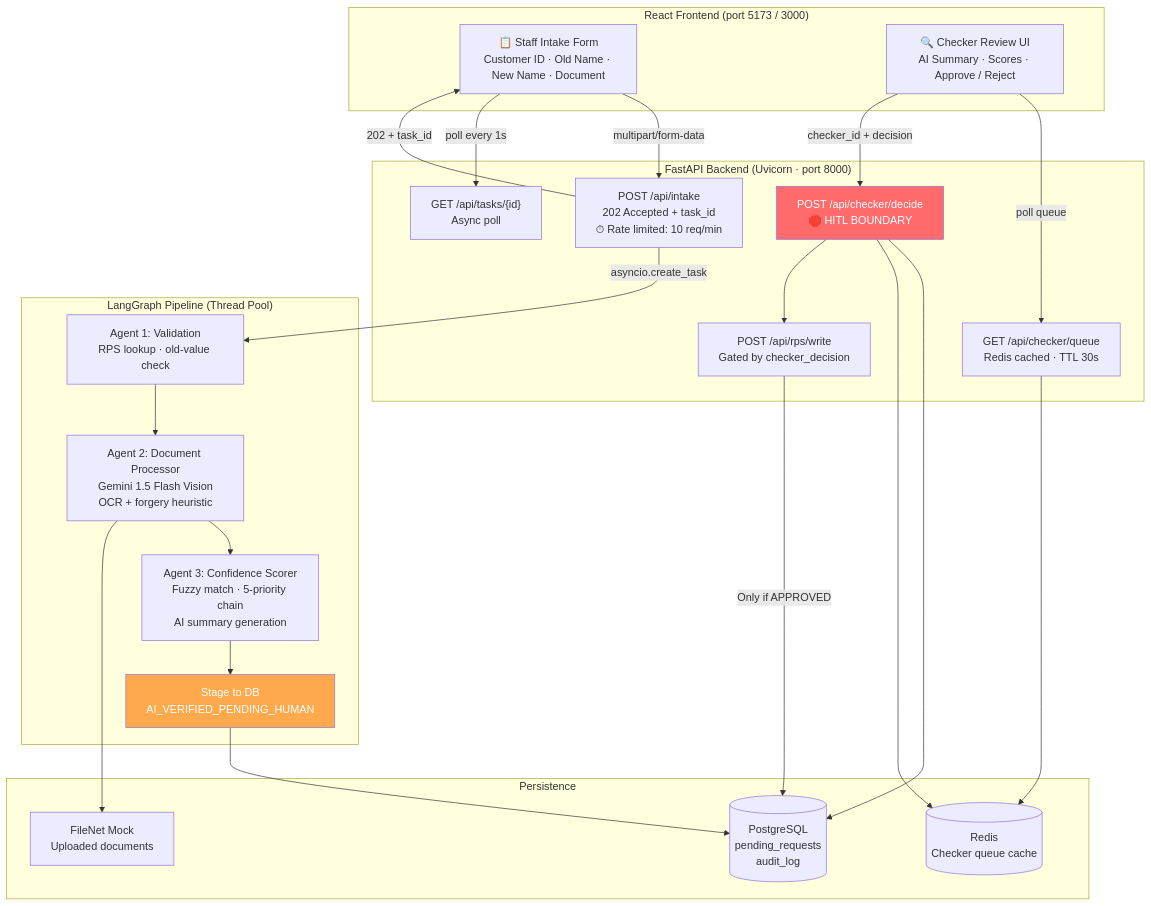
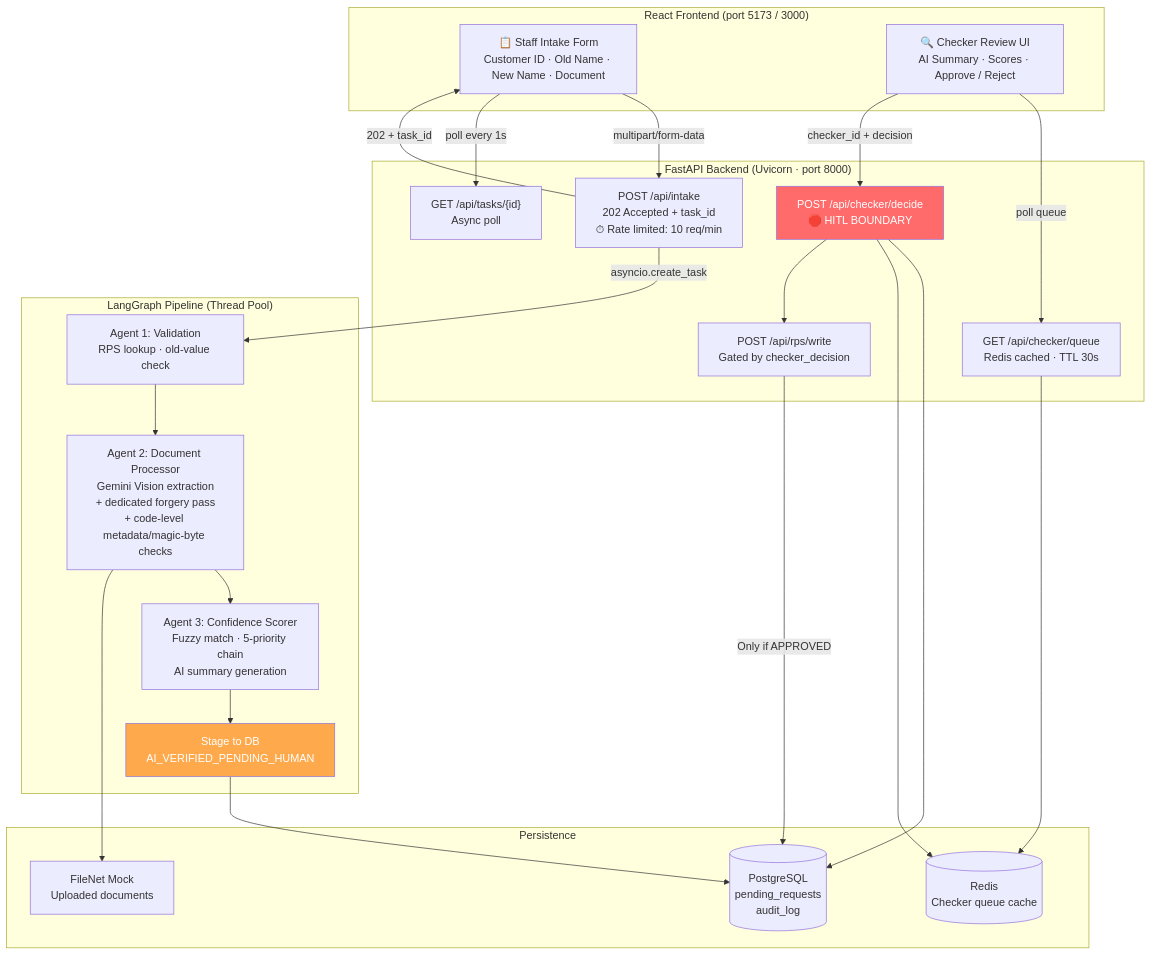
The diagram in README.md (Abhishek-10112024/intelligent-account-servicing-workflow), drawn with Mermaid before and after one commit. The commit also changed other lines of this file and 27 other files, not shown here.

````diff
--- a/README.md
+++ b/README.md
@@ -10,46 +10,46 @@
 ```mermaid
 flowchart TD
     subgraph FE["React Frontend (port 5173 / 3000)"]
         SF["📋 Staff Intake Form\nCustomer ID · Old Name · New Name · Document"]
         CU["🔍 Checker Review UI\nAI Summary · Scores · Approve / Reject"]
     end
 
     subgraph BE["FastAPI Backend (Uvicorn · port 8000)"]
         I["POST /api/intake\n202 Accepted + task_id\n⏱ Rate limited: 10 req/min"]
         T["GET /api/tasks/{id}\nAsync poll"]
         Q["GET /api/checker/queue\nRedis cached · TTL 30s"]
         D["POST /api/checker/decide\n🛑 HITL BOUNDARY"]
         R["POST /api/rps/write\nGated by checker_decision"]
     end
 
     subgraph LG["LangGraph Pipeline (Thread Pool)"]
         A1["Agent 1: Validation\nRPS lookup · old-value check"]
-        A2["Agent 2: Document Processor\nGemini 1.5 Flash Vision\nOCR + forgery heuristic"]
+        A2["Agent 2: Document Processor\nGemini Vision extraction\n+ dedicated forgery pass\n+ code-level metadata/magic-byte checks"]
         A3["Agent 3: Confidence Scorer\nFuzzy match · 5-priority chain\nAI summary generation"]
         ST["Stage to DB\nAI_VERIFIED_PENDING_HUMAN"]
     end
 
     subgraph DB["Persistence"]
         PG[("PostgreSQL\npending_requests\naudit_log")]
         RD[("Redis\nChecker queue cache")]
         FS["FileNet Mock\nUploaded documents"]
     end
 
     SF -->|"multipart/form-data"| I
     I -->|"202 + task_id"| SF
     I -->|"asyncio.create_task"| A1
     SF -->|"poll every 1s"| T
     CU -->|"poll queue"| Q
     CU -->|"checker_id + decision"| D
     A1 --> A2 --> A3 --> ST
     ST --> PG
     A2 --> FS
     Q --> RD
     D --> PG
     D --> RD
     D --> R
     R -->|"Only if APPROVED"| PG
 
     style D fill:#ff6b6b,color:#fff
     style ST fill:#ffa94d,color:#fff
 ```
````
